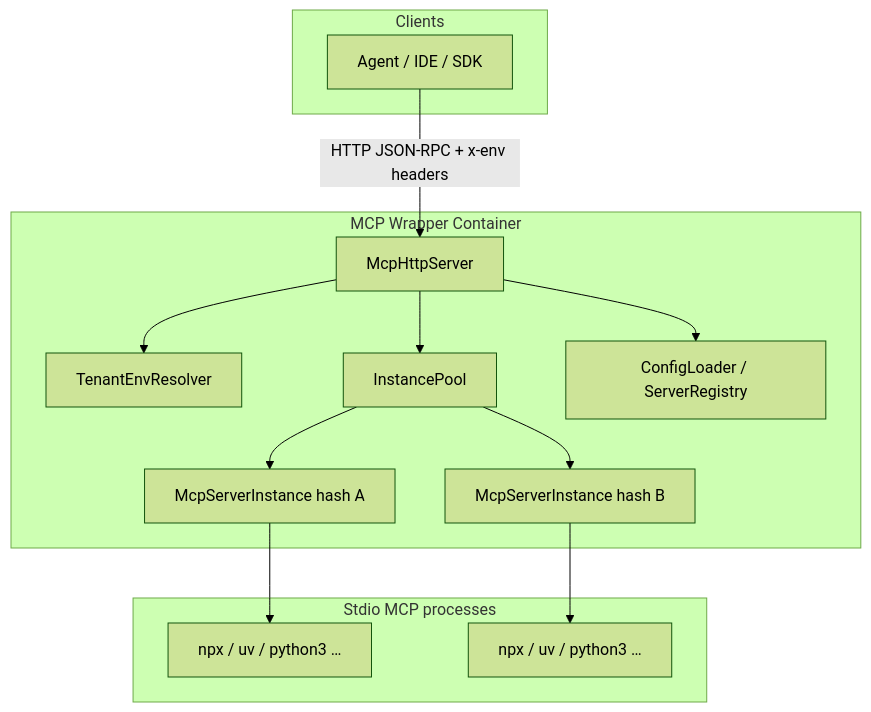
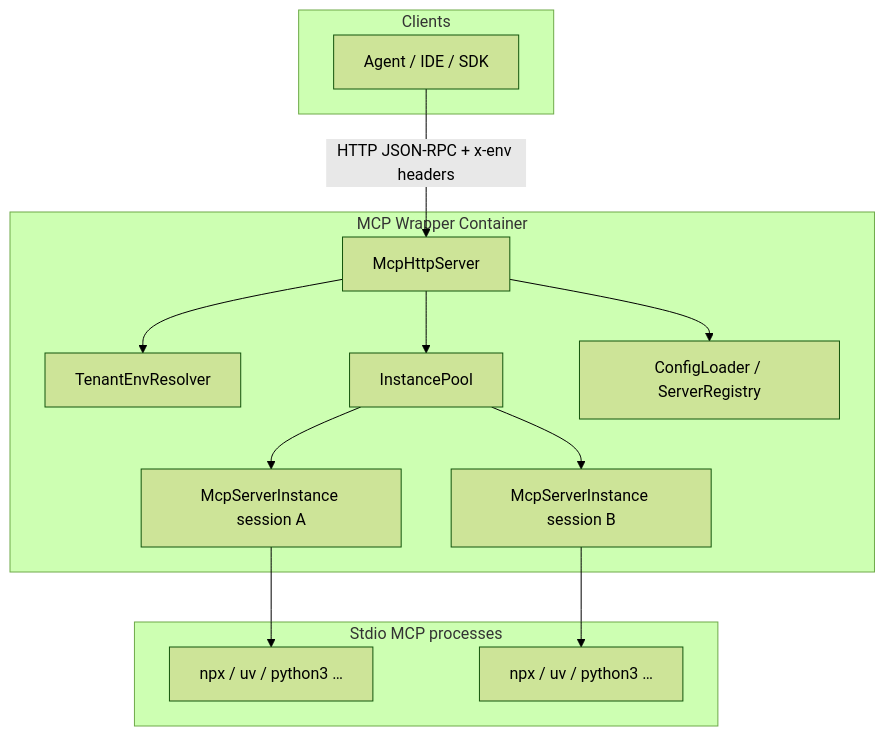
One commit to obeone/mcp-streamable-http-bridge changed the first of 3 diagrams in docs/architecture.md. Above: the diagram before and after it, drawn with Mermaid (forest theme). The commit also changed other lines of this file and 5 other files, not shown here.

````diff
--- a/docs/architecture.md
+++ b/docs/architecture.md
@@ -5,29 +5,29 @@
 ```mermaid
 flowchart TB
   subgraph clients [Clients]
     Agent[Agent / IDE / SDK]
   end
 
   subgraph wrapper [MCP Wrapper Container]
     HTTP[McpHttpServer]
     Resolver[TenantEnvResolver]
     Pool[InstancePool]
-    I1[McpServerInstance hash A]
-    I2[McpServerInstance hash B]
+    I1[McpServerInstance session A]
+    I2[McpServerInstance session B]
     CFG[ConfigLoader / ServerRegistry]
   end
 
   subgraph children [Stdio MCP processes]
     MCP1[npx / uv / python3 …]
     MCP2[npx / uv / python3 …]
   end
 
   Agent -->|HTTP JSON-RPC + x-env headers| HTTP
   HTTP --> CFG
   HTTP --> Resolver
   HTTP --> Pool
   Pool --> I1
   Pool --> I2
   I1 --> MCP1
   I2 --> MCP2
 ```
````
